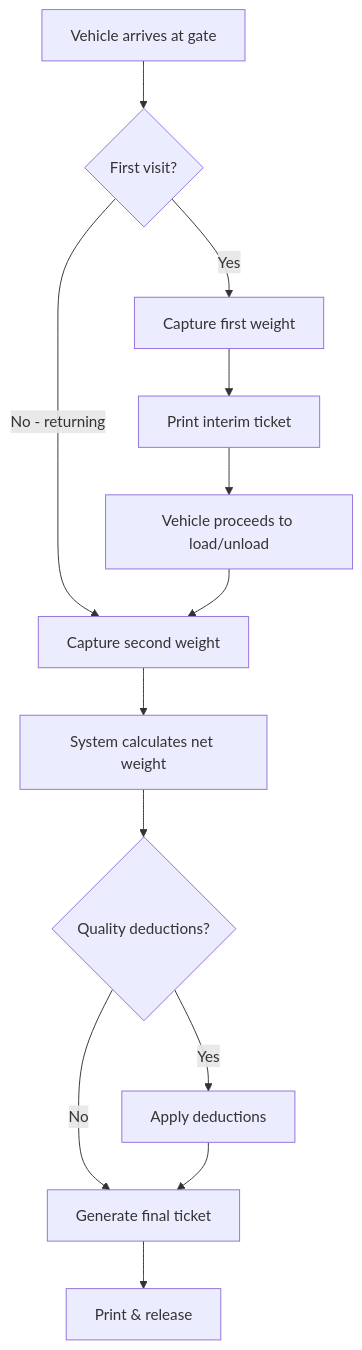
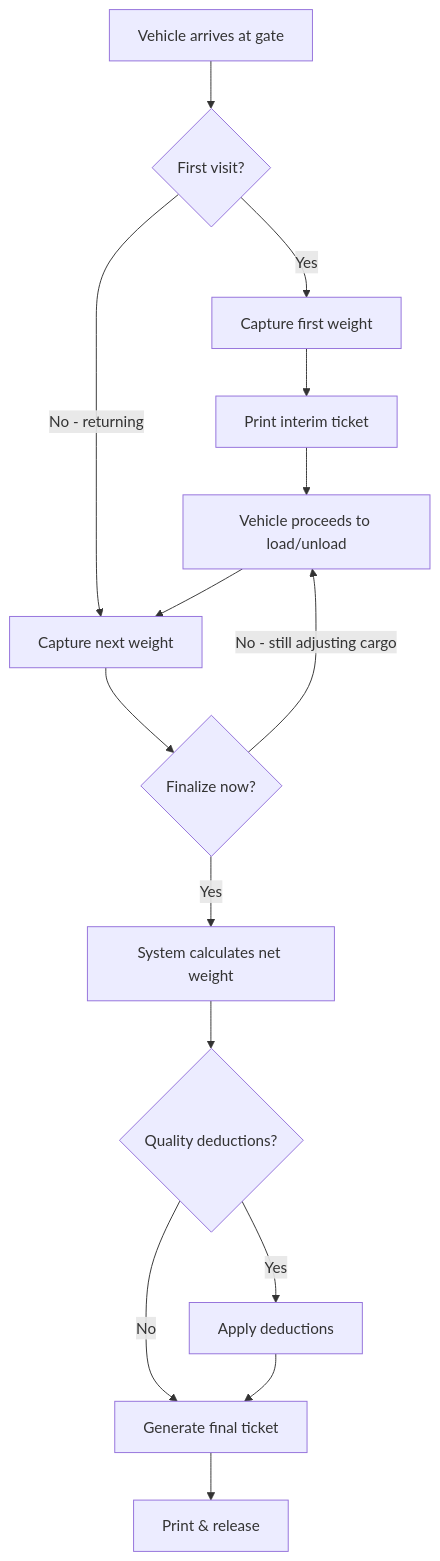
The first of 2 diagrams in docs/commercial/two-pass-weighing.md (Bengo-Hub/truload-docs), drawn with Mermaid before and after one commit. The commit also changed other lines of this file and 3 other files, not shown here.

````diff
--- a/docs/commercial/two-pass-weighing.md
+++ b/docs/commercial/two-pass-weighing.md
@@ -11,15 +11,17 @@
 ```mermaid
 flowchart TD
     A[Vehicle arrives at gate] --> B{First visit?}
     B -->|Yes| C[Capture first weight]
-    B -->|No - returning| D[Capture second weight]
+    B -->|No - returning| D[Capture next weight]
     C --> E[Print interim ticket]
     E --> F[Vehicle proceeds to load/unload]
     F --> D
-    D --> G[System calculates net weight]
+    D --> Z{Finalize now?}
+    Z -->|No - still adjusting cargo| F
+    Z -->|Yes| G[System calculates net weight]
     G --> H{Quality deductions?}
     H -->|Yes| I[Apply deductions]
     H -->|No| J[Generate final ticket]
     I --> J
     J --> K[Print & release]
 ```
````
